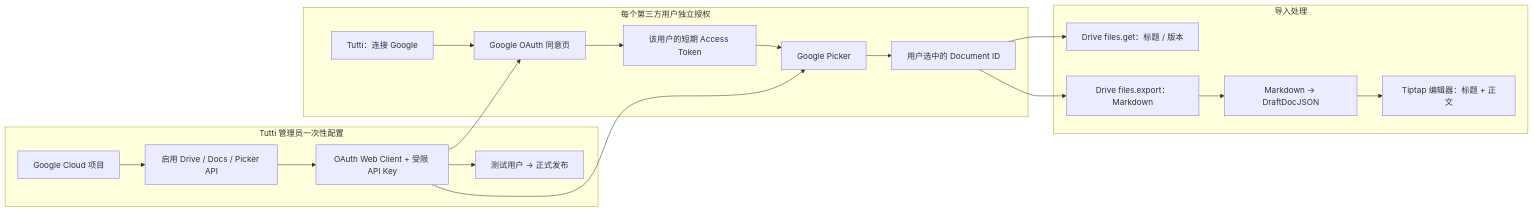
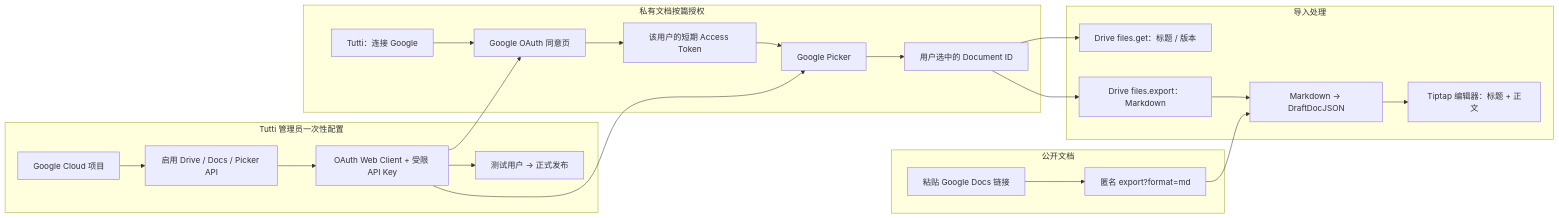
Before and after one commit to Malenconiaprincep/AI-Draft-Review: the diagram in docs/GOOGLE_DOCS_IMPORT_AUTH_GUIDE.md, drawn with Mermaid. The commit also changed other lines of this file and 33 other files, not shown here.

````diff
--- a/docs/GOOGLE_DOCS_IMPORT_AUTH_GUIDE.md
+++ b/docs/GOOGLE_DOCS_IMPORT_AUTH_GUIDE.md
@@ -9,31 +9,38 @@
 ```mermaid
 flowchart LR
     subgraph Setup["Tutti 管理员一次性配置"]
         Cloud["Google Cloud 项目"]
         APIs["启用 Drive / Docs / Picker API"]
         Client["OAuth Web Client + 受限 API Key"]
         Publish["测试用户 → 正式发布"]
         Cloud --> APIs --> Client --> Publish
     end
 
-    subgraph UserFlow["每个第三方用户独立授权"]
+    subgraph PublicFlow["公开文档"]
+        Link["粘贴 Google Docs 链接"]
+        PublicExport["匿名 export?format=md"]
+        Link --> PublicExport
+    end
+
+    subgraph UserFlow["私有文档按篇授权"]
         Tutti["Tutti：连接 Google"]
         OAuth["Google OAuth 同意页"]
         Token["该用户的短期 Access Token"]
         Picker["Google Picker"]
         DocId["用户选中的 Document ID"]
         Tutti --> OAuth --> Token --> Picker --> DocId
     end
 
     subgraph Import["导入处理"]
         Metadata["Drive files.get：标题 / 版本"]
         Export["Drive files.export：Markdown"]
         Draft["Markdown → DraftDocJSON"]
         Editor["Tiptap 编辑器：标题 + 正文"]
         DocId --> Metadata
         DocId --> Export --> Draft --> Editor
+        PublicExport --> Draft
     end
 
     Client --> OAuth
     Client --> Picker
 ```
````
